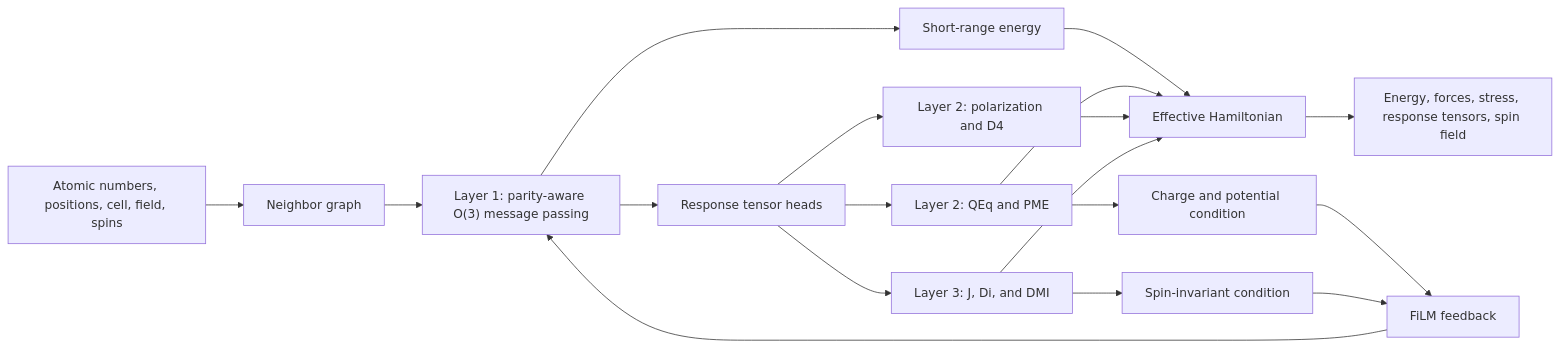
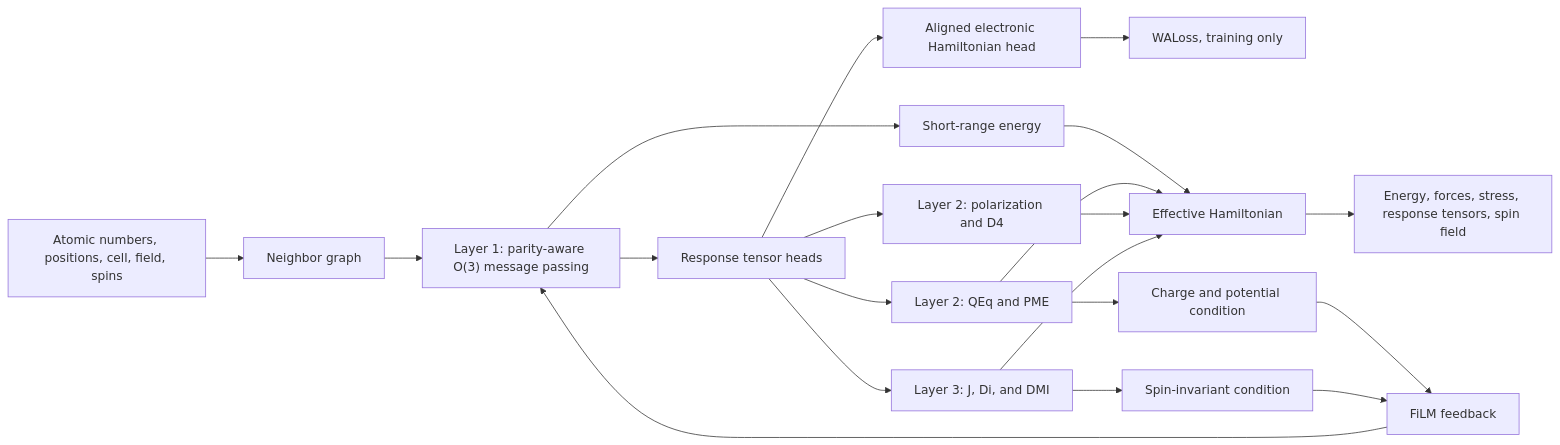
One commit to FonaTech/E3-miu-GNN changed the diagram in README.md. Above: the diagram before and after it, drawn with Mermaid. The commit also changed other lines of this file and 12 other files, not shown here.

````diff
--- a/README.md
+++ b/README.md
@@ -76,20 +149,22 @@
 ```mermaid
 flowchart LR
     A[Atomic numbers, positions, cell, field, spins] --> G[Neighbor graph]
     G --> L1["Layer 1: parity-aware O(3) message passing"]
     L1 --> PES[Short-range energy]
     L1 --> R[Response tensor heads]
+    R --> W[Aligned electronic Hamiltonian head]
+    W --> WA[WALoss, training only]
     R --> Q[Layer 2: QEq and PME]
     R --> P[Layer 2: polarization and D4]
     R --> S[Layer 3: J, Di, and DMI]
     Q --> C[Charge and potential condition]
     S --> C2[Spin-invariant condition]
     C --> F[FiLM feedback]
     C2 --> F
     F --> L1
     PES --> H[Effective Hamiltonian]
     Q --> H
     P --> H
     S --> H
     H --> O[Energy, forces, stress, response tensors, spin field]
 ```
````
